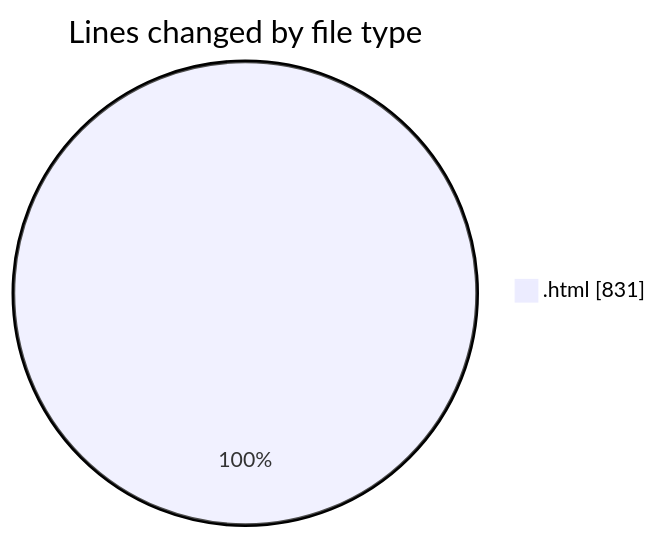
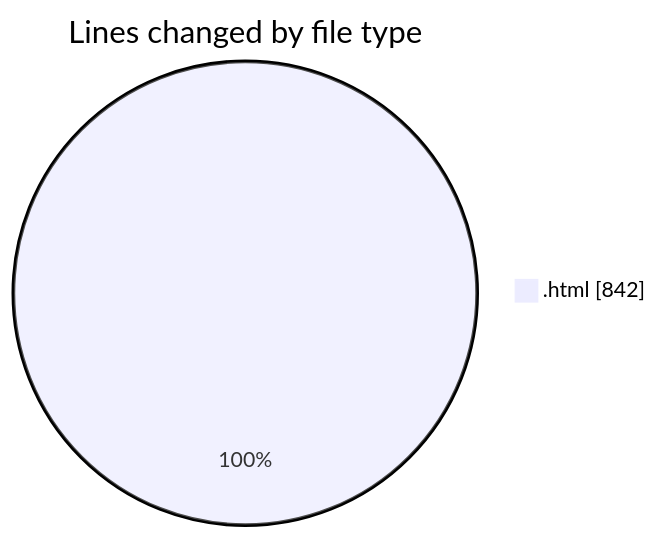
The first of 2 diagrams in 2026-07-16/panel/README.md (shibass792/code-tracking), drawn with Mermaid before and after one commit. The commit also changed other lines of this file and 1 other file, not shown here.

````diff
--- a/2026-07-16/panel/README.md
+++ b/2026-07-16/panel/README.md
@@ -20,5 +20,5 @@
 ```mermaid
 pie showData
 title Lines changed by file type
-".html" : 831
+".html" : 842
 ```
````
